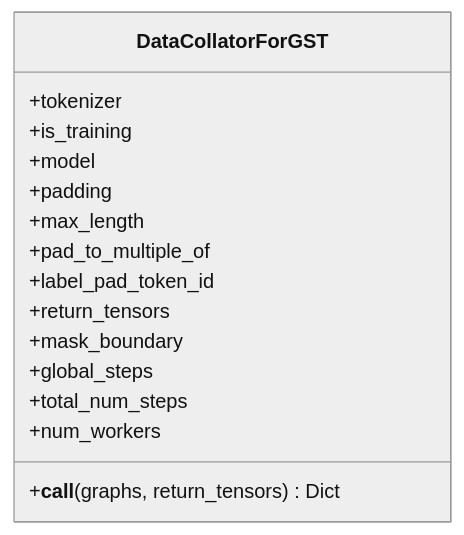
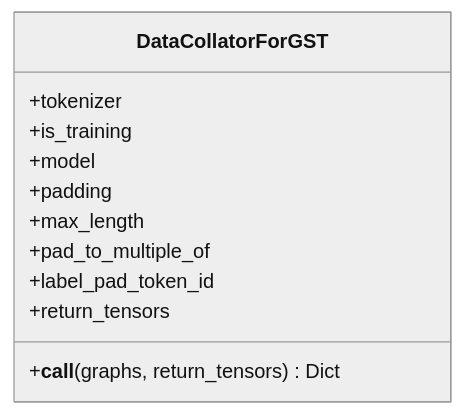
One commit to alibaba/graph-gpt changed the third of 8 diagrams in .qoder/repowiki/en/content/Data Pipeline/Collation & Batch Processing.md. Above: the diagram before and after it, drawn with Mermaid (neutral theme). The commit also changed other lines of this file and 6 other files, not shown here.

````diff
--- a/.qoder/repowiki/en/content/Data Pipeline/Collation & Batch Processing.md
+++ b/.qoder/repowiki/en/content/Data Pipeline/Collation & Batch Processing.md
@@ -145,18 +131,14 @@
 ```mermaid
 classDiagram
 class DataCollatorForGST {
 +tokenizer
 +is_training
 +model
 +padding
 +max_length
 +pad_to_multiple_of
 +label_pad_token_id
 +return_tensors
-+mask_boundary
-+global_steps
-+total_num_steps
-+num_workers
 +__call__(graphs, return_tensors) Dict
 }
 ```
````
